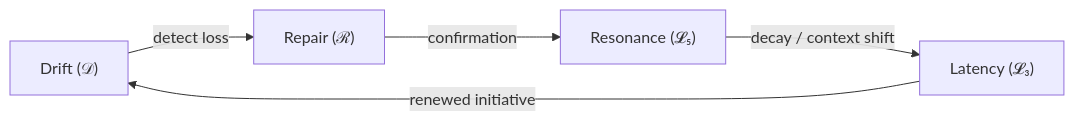
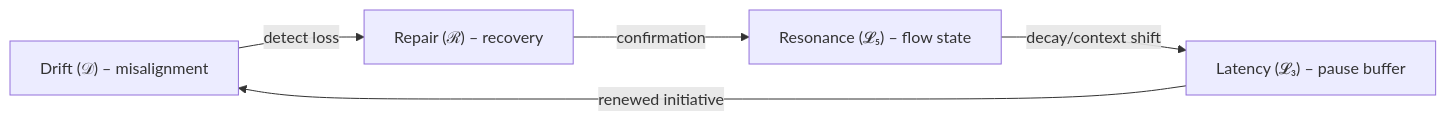
The diagram in 06_translation_interface/HCI_translation/hci_translation_pld_theory/03_core_concepts_drift_repair_resonance.md (kiyoshisasano-DeepZenSpace/kiyoshisasano-DeepZenSpace), drawn with Mermaid before and after one commit. The commit also changed other lines of this file, not shown here.

````diff
--- a/06_translation_interface/HCI_translation/hci_translation_pld_theory/03_core_concepts_drift_repair_resonance.md
+++ b/06_translation_interface/HCI_translation/hci_translation_pld_theory/03_core_concepts_drift_repair_resonance.md
@@ -31,7 +39,7 @@
 ```mermaid
 flowchart LR
-  D["Drift (𝒟)"] -- detect loss --> R["Repair (ℛ)"]
-  R -- confirmation --> L5["Resonance (𝓛₅)"]
-  L5 -- decay / context shift --> L3["Latency (𝓛₃)"]
+  D["Drift (𝒟) – misalignment"] -- detect loss --> R["Repair (ℛ) – recovery"]
+  R -- confirmation --> L5["Resonance (𝓛₅) – flow state"]
+  L5 -- decay/context shift --> L3["Latency (𝓛₃) – pause buffer"]
   L3 -- renewed initiative --> D
 ```
````
